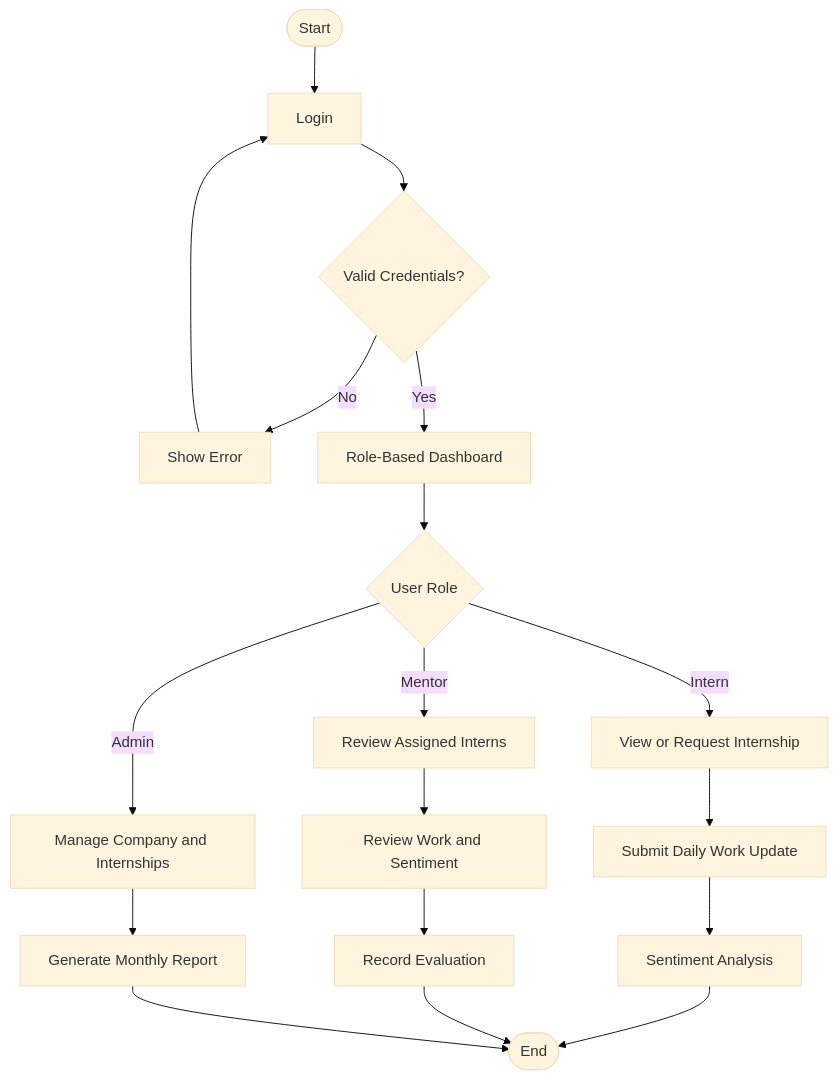
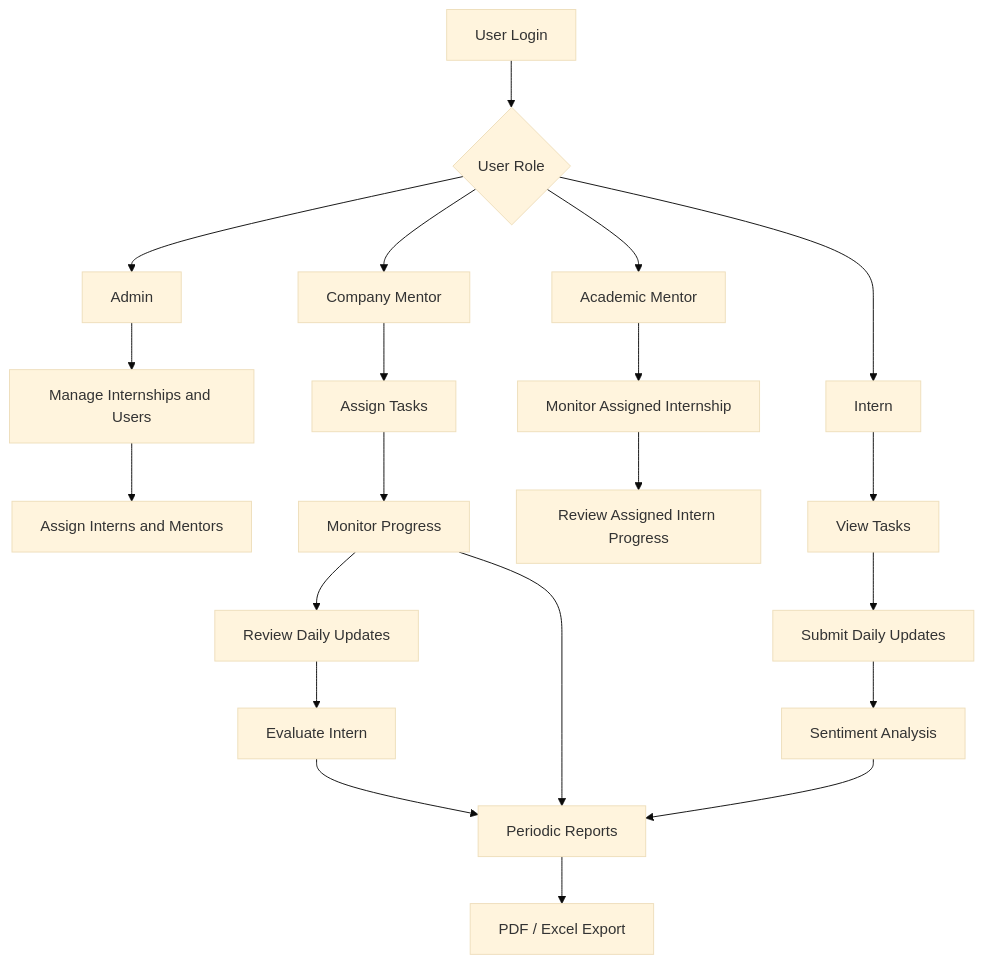
One commit to sarthakdarshane/InternManagement changed the second of 2 diagrams in README.md. Above: the diagram before and after it, drawn with Mermaid (base theme). The commit also changed other lines of this file, not shown here.

````diff
--- a/README.md
+++ b/README.md
@@ -404,25 +254,28 @@
 ```mermaid
 flowchart TD
-    A([Start]) --> B["Login"]
-    B --> C{"Valid Credentials?"}
-    C -- No --> D["Show Error"]
-    D --> B
-    C -- Yes --> E["Role-Based Dashboard"]
+    A[User Login] --> B{User Role}
+    B --> C[Admin]
+    B --> D[Company Mentor]
+    B --> E[Academic Mentor]
+    B --> F[Intern]
 
-    E --> F{"User Role"}
+    C --> G[Manage Internships and Users]
+    G --> H[Assign Interns and Mentors]
 
-    F -- Intern --> G["View or Request Internship"]
-    G --> H["Submit Daily Work Update"]
-    H --> I["Sentiment Analysis"]
+    D --> I[Assign Tasks]
+    I --> J[Monitor Progress]
+    J --> K[Review Daily Updates]
+    K --> L[Evaluate Intern]
 
-    F -- Mentor --> J["Review Assigned Interns"]
-    J --> K["Review Work and Sentiment"]
-    K --> L["Record Evaluation"]
+    E --> M[Monitor Assigned Internship]
+    M --> N[Review Assigned Intern Progress]
 
-    F -- Admin --> M["Manage Company and Internships"]
-    M --> N["Generate Monthly Report"]
+    F --> O[View Tasks]
+    O --> P[Submit Daily Updates]
+    P --> Q[Sentiment Analysis]
 
-    I --> O([End])
-    L --> O
-    N --> O
+    L --> R[Periodic Reports]
+    Q --> R
+    J --> R
+    R --> S[PDF / Excel Export]
 ```
````
